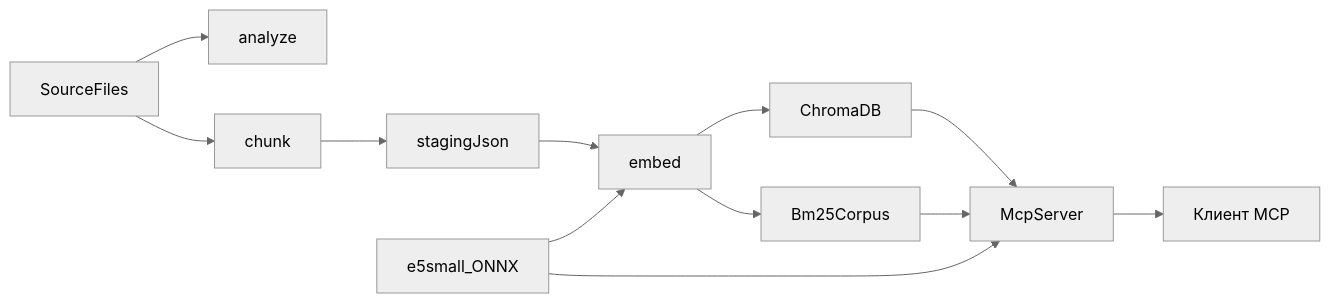
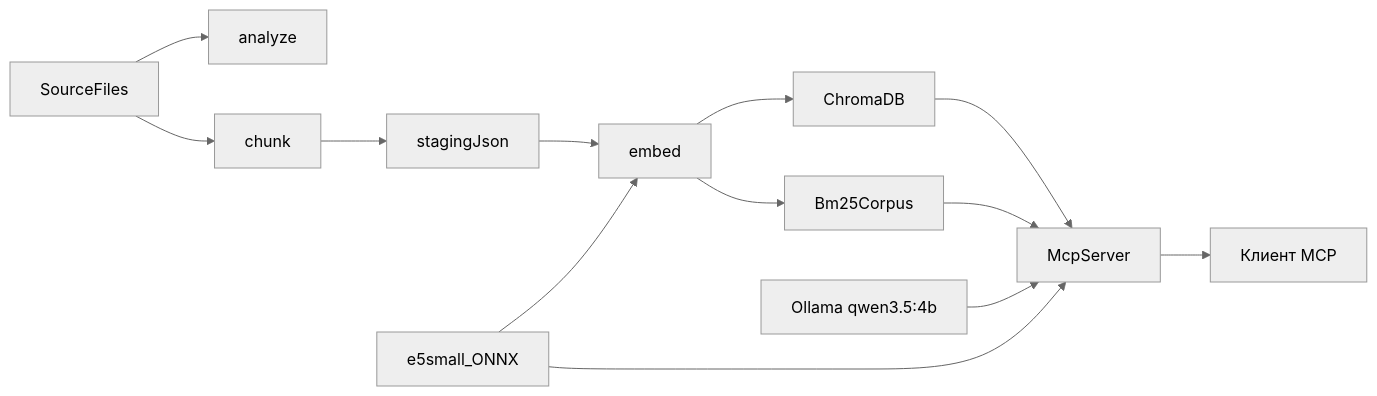
One commit to luna-pulse/MCP.RAG.StarTrek changed the second of 2 diagrams in README.md. Above: the diagram before and after it, drawn with Mermaid (neutral theme). The commit also changed other lines of this file and 2 other files, not shown here.

First line of the commit message:
Update agent, architecture, and readme docs to the current search path.

````diff
--- a/README.md
+++ b/README.md
@@ -154,14 +156,15 @@
 ```mermaid
 flowchart LR
   sourceFiles[SourceFiles] --> analyze[analyze]
   sourceFiles --> chunk[chunk]
   chunk --> staging[stagingJson]
   onnx[e5small_ONNX] --> embed[embed]
   staging --> embed
   embed --> chroma[ChromaDB]
   embed --> bm25[Bm25Corpus]
   bm25 --> mcp[McpServer]
   chroma --> mcp
   onnx --> mcp
+  ollama[Ollama qwen3.5:4b] --> mcp
   mcp --> client[Клиент MCP]
 ```
````
